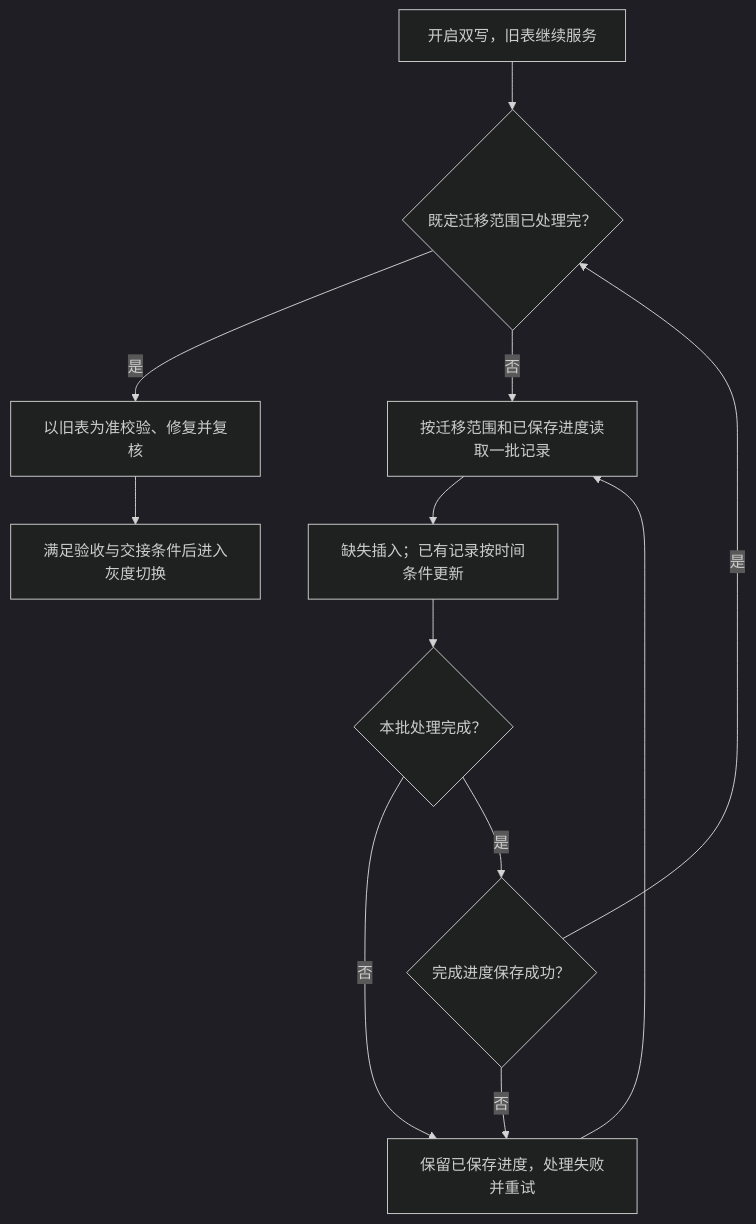
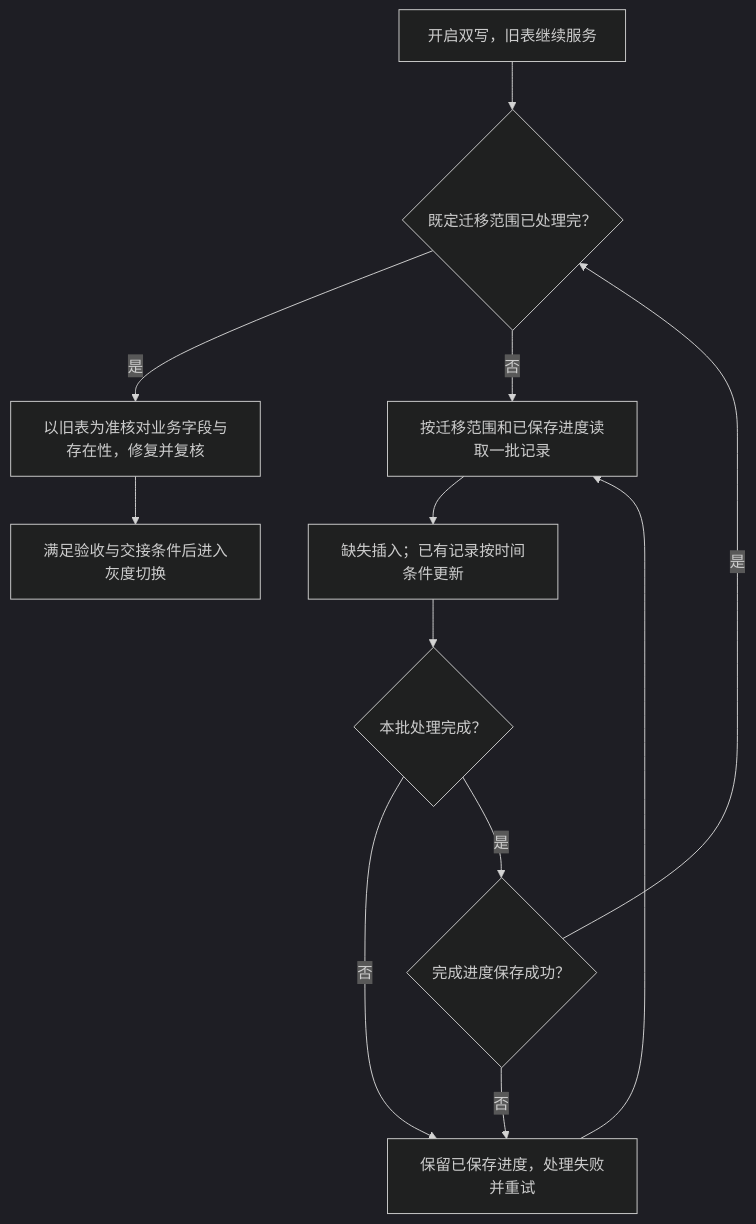
Before and after one commit to sunjiayu1105/eas: the diagram in 002_消费记录分库分表、双写与ES 改造（15）/007_分库分表_在线历史迁移.md, drawn with Mermaid (dark theme). The commit also changed other lines of this file, not shown here.

````diff
--- a/002_消费记录分库分表、双写与ES 改造（15）/007_分库分表_在线历史迁移.md
+++ b/002_消费记录分库分表、双写与ES 改造（15）/007_分库分表_在线历史迁移.md
@@ -43,15 +43,15 @@
 ```mermaid
 flowchart TD
     A["开启双写，旧表继续服务"] --> R{"既定迁移范围已处理完？"}
     R -->|是| H
     R -->|否| B["按迁移范围和已保存进度读取一批记录"]
     B --> C["缺失插入；已有记录按时间条件更新"]
     C --> D{"本批处理完成？"}
     D -->|否| E["保留已保存进度，处理失败并重试"]
     E --> B
     D -->|是| F{"完成进度保存成功？"}
     F -->|否| E
     F -->|是| R
-    H["以旧表为准校验、修复并复核"]
+    H["以旧表为准核对业务字段与存在性，修复并复核"]
     H --> I["满足验收与交接条件后进入灰度切换"]
 ```
````
